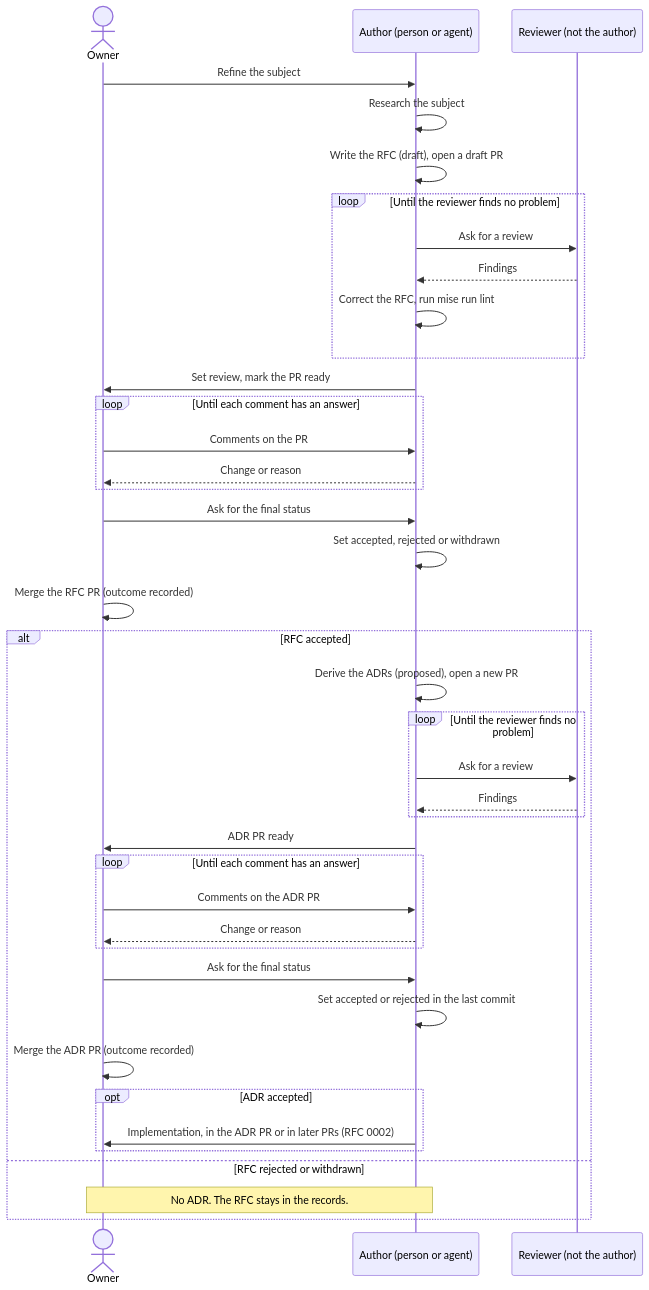
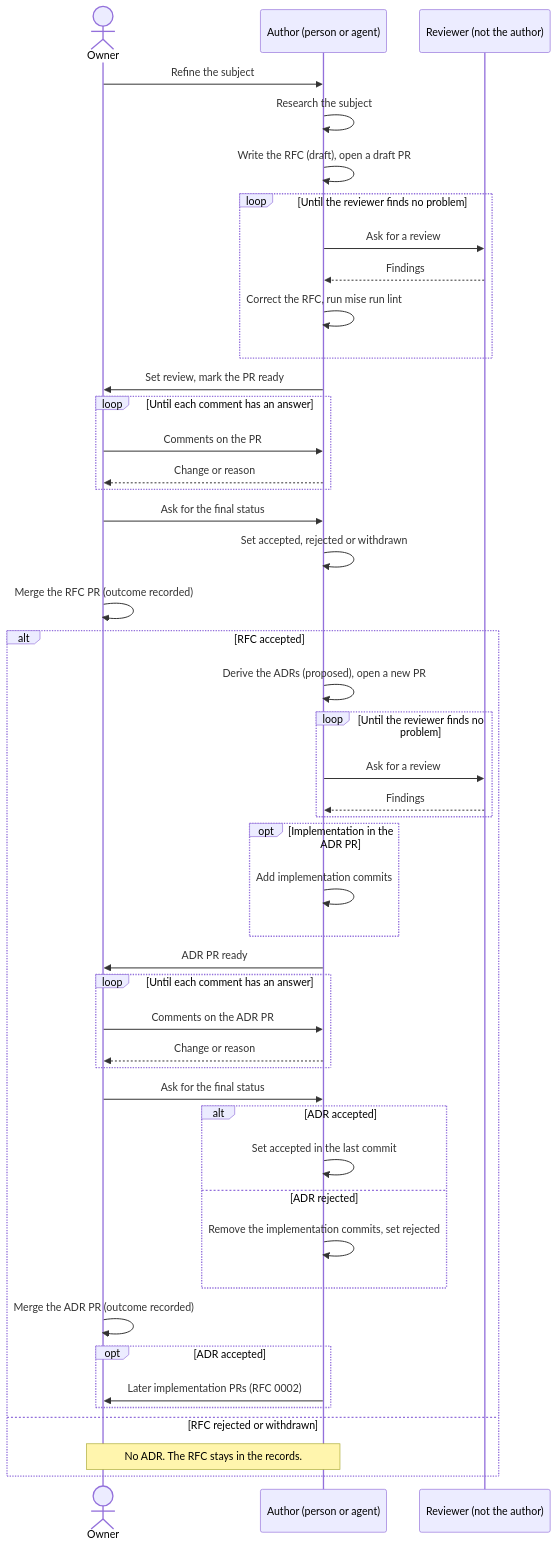
One commit to gsuquet/homelab changed the first of 3 diagrams in docs/records/rfcs/0001-records-process.md. Above: the diagram before and after it, drawn with Mermaid. The commit also changed other lines of this file and 1 other file, not shown here.

Commit message:
docs(records): keep implementation commits out of rejected ADRs
Implementation commits can be in the ADR PR before the owner decides. For a rejected ADR, the author removes them before setting the status, so a rejected ADR merges without code. Later implementation PRs follow an accepted ADR. Correct the step reference for ADR status changes.

````diff
--- a/docs/records/rfcs/0001-records-process.md
+++ b/docs/records/rfcs/0001-records-process.md
@@ -61,42 +61,49 @@
 ```mermaid
 sequenceDiagram
     actor Owner
     participant Author as Author (person or agent)
     participant Reviewer as Reviewer (not the author)
     Owner->>Author: Refine the subject
     Author->>Author: Research the subject
     Author->>Author: Write the RFC (draft), open a draft PR
     loop Until the reviewer finds no problem
         Author->>Reviewer: Ask for a review
         Reviewer-->>Author: Findings
         Author->>Author: Correct the RFC, run mise run lint
     end
     Author->>Owner: Set review, mark the PR ready
     loop Until each comment has an answer
         Owner->>Author: Comments on the PR
         Author-->>Owner: Change or reason
     end
     Owner->>Author: Ask for the final status
     Author->>Author: Set accepted, rejected or withdrawn
     Owner->>Owner: Merge the RFC PR (outcome recorded)
     alt RFC accepted
         Author->>Author: Derive the ADRs (proposed), open a new PR
         loop Until the reviewer finds no problem
             Author->>Reviewer: Ask for a review
             Reviewer-->>Author: Findings
         end
+        opt Implementation in the ADR PR
+            Author->>Author: Add implementation commits
+        end
         Author->>Owner: ADR PR ready
         loop Until each comment has an answer
             Owner->>Author: Comments on the ADR PR
             Author-->>Owner: Change or reason
         end
         Owner->>Author: Ask for the final status
-        Author->>Author: Set accepted or rejected in the last commit
+        alt ADR accepted
+            Author->>Author: Set accepted in the last commit
+        else ADR rejected
+            Author->>Author: Remove the implementation commits, set rejected
+        end
         Owner->>Owner: Merge the ADR PR (outcome recorded)
         opt ADR accepted
-            Author->>Owner: Implementation, in the ADR PR or in later PRs (RFC 0002)
+            Author->>Owner: Later implementation PRs (RFC 0002)
         end
     else RFC rejected or withdrawn
         Note over Owner,Author: No ADR. The RFC stays in the records.
     end
 ```
````
